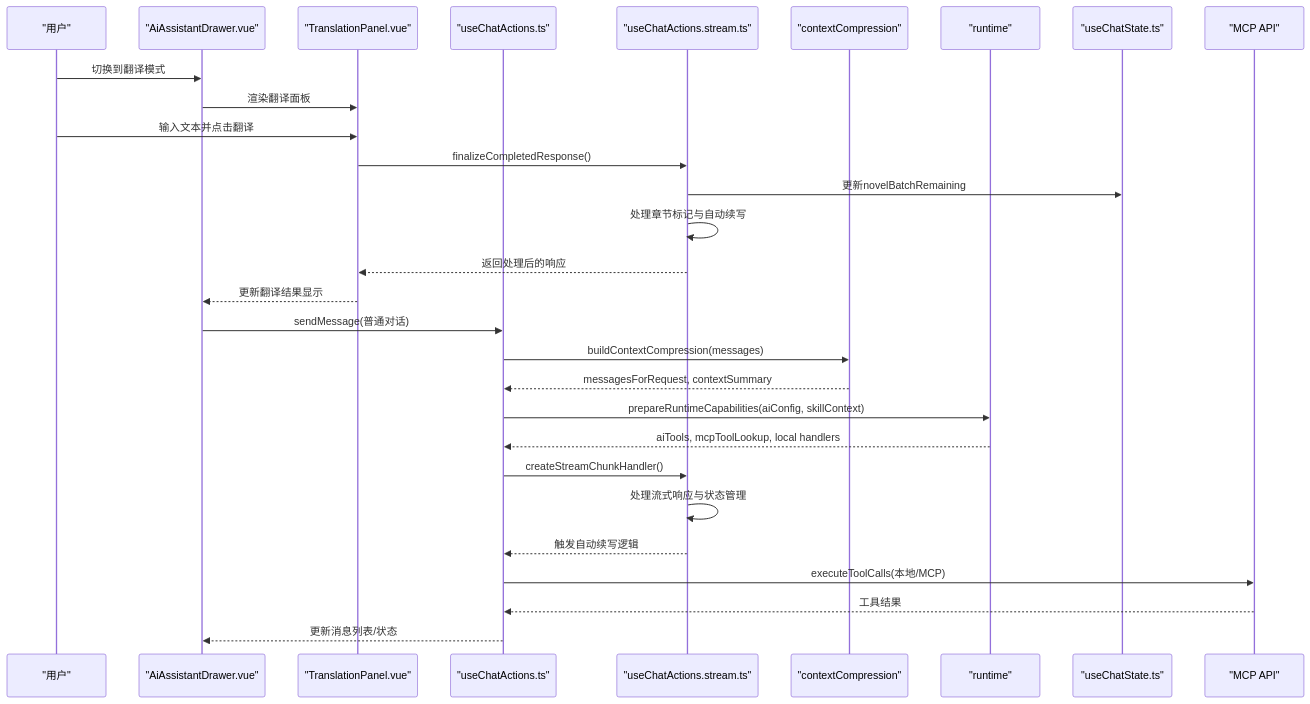
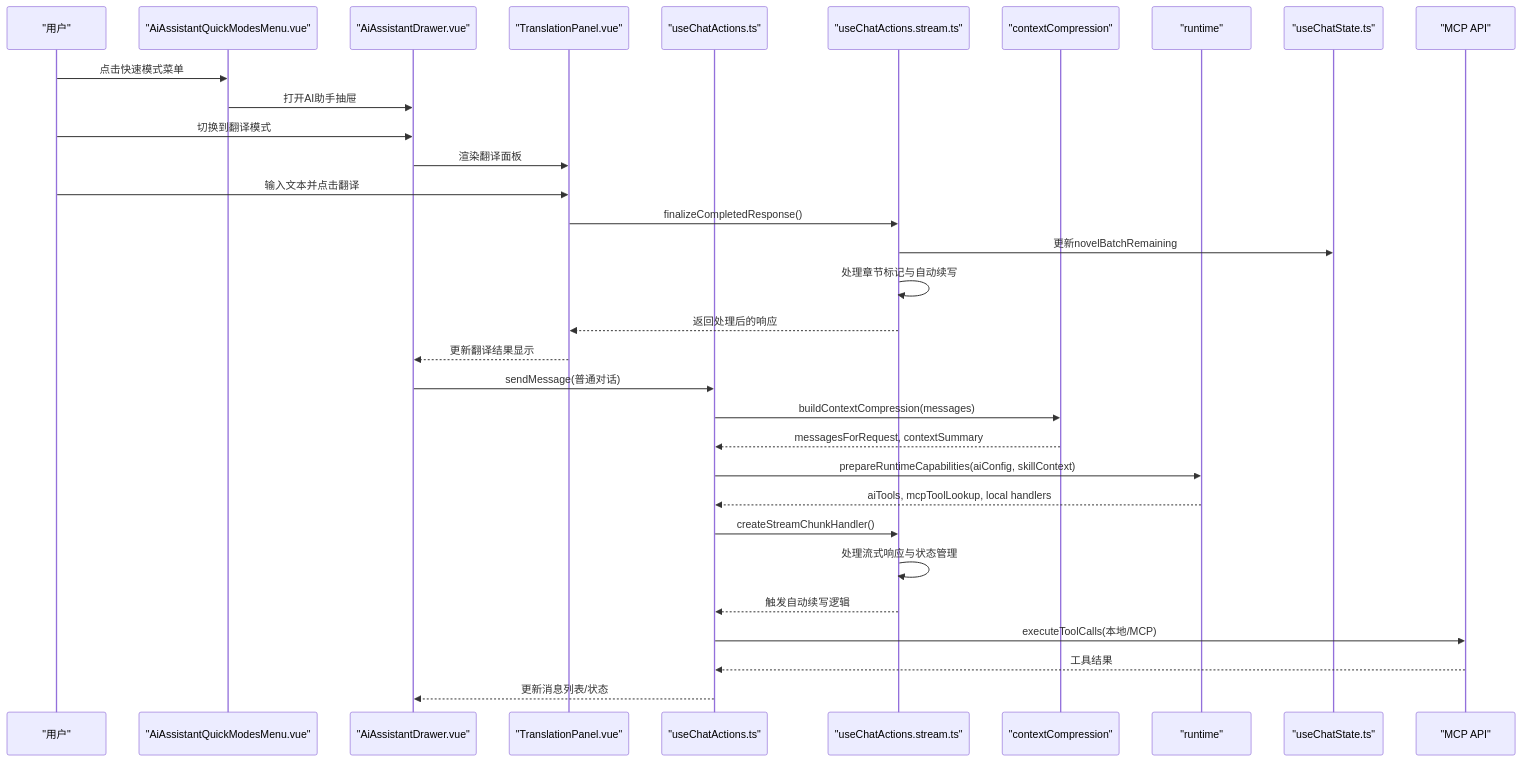
One commit to xixixiaoyu/Todo changed the second of 18 diagrams in .qoder/repowiki/zh/content/核心模块/AI助手系统/AI助手系统.md. Above: the diagram before and after it, drawn with Mermaid. The commit also changed other lines of this file and 5 other files, not shown here.

````diff
--- a/.qoder/repowiki/zh/content/核心模块/AI助手系统/AI助手系统.md
+++ b/.qoder/repowiki/zh/content/核心模块/AI助手系统/AI助手系统.md
@@ -273,31 +295,34 @@
 ```mermaid
 sequenceDiagram
 participant U as "用户"
+participant QM as "AiAssistantQuickModesMenu.vue"
 participant D as "AiAssistantDrawer.vue"
 participant T as "TranslationPanel.vue"
 participant C as "useChatActions.ts"
 participant S as "useChatActions.stream.ts"
 participant CC as "contextCompression"
 participant R as "runtime"
 participant CS as "useChatState.ts"
 participant M as "MCP API"
+U->>QM : 点击快速模式菜单
+QM->>D : 打开AI助手抽屉
 U->>D : 切换到翻译模式
 D->>T : 渲染翻译面板
 U->>T : 输入文本并点击翻译
 T->>S : finalizeCompletedResponse()
 S->>CS : 更新novelBatchRemaining
 S->>S : 处理章节标记与自动续写
 S-->>T : 返回处理后的响应
 T-->>D : 更新翻译结果显示
 D->>C : sendMessage(普通对话)
 C->>CC : buildContextCompression(messages)
 CC-->>C : messagesForRequest, contextSummary
 C->>R : prepareRuntimeCapabilities(aiConfig, skillContext)
 R-->>C : aiTools, mcpToolLookup, local handlers
 C->>S : createStreamChunkHandler()
 S->>S : 处理流式响应与状态管理
 S-->>C : 触发自动续写逻辑
 C->>M : executeToolCalls(本地/MCP)
 M-->>C : 工具结果
 C-->>D : 更新消息列表/状态
 ```
````
